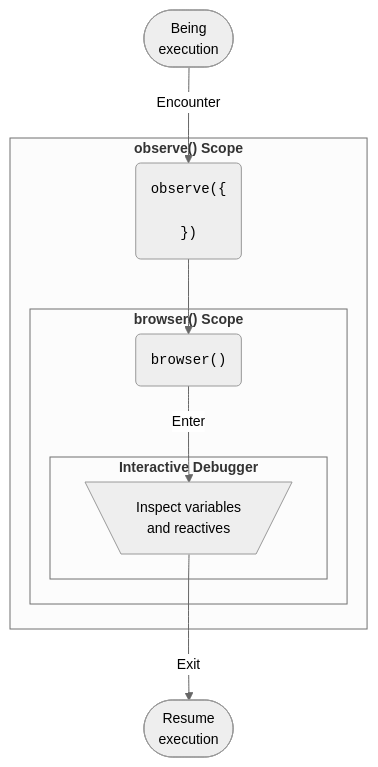
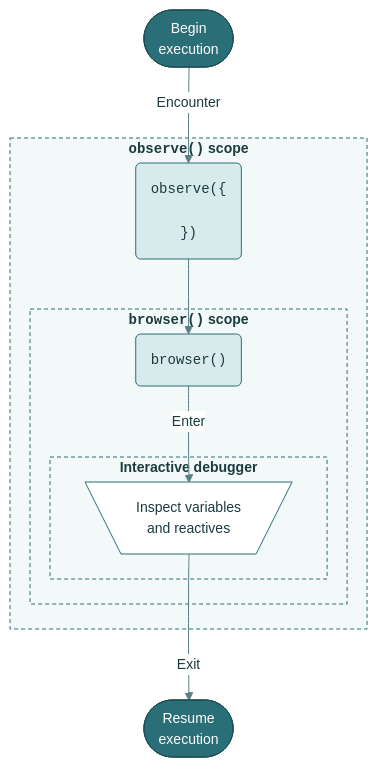
Before and after one commit to mjfrigaard/shiny-app-pkgs: the third of 3 diagrams in debugger.qmd, drawn with Mermaid. The commit also changed other lines of this file and 22 other files, not shown here.

First line of the commit message:
Standardize mermaid diagrams on the site teal palette

````diff
--- a/debugger.qmd
+++ b/debugger.qmd
@@ -176,35 +177,30 @@
 ```{mermaid}
 %%| fig-cap: 'Reactive `browser()` in an `observe()`er'
 %%| fig-align: center
-%%{init: {'theme': 'neutral', 'themeVariables': { 'fontFamily': 'monospace', "fontSize":"14px"}}}%%
+%%{init: {'theme': 'base', 'themeVariables': { 'fontFamily': 'monospace', "fontSize":"14px", "primaryColor":"#D7EBEC", "primaryTextColor":"#1B3B3F", "primaryBorderColor":"#2A6F77", "lineColor":"#5A7F83", "edgeLabelBackground":"#FFFFFF", "clusterBkg":"#F3F8F8", "clusterBorder":"#2A6F77", "darkMode":false}}}%%
 flowchart TD
-        Running(["Being<br>execution"]) 
-        subgraph Observe["<strong>observe() Scope</strong>"]
-                Observer("<code>observe({<br><br>})</code>")
-            subgraph Browse["<strong>browser() Scope</strong>"]
-                Browser("<code>browser()</code>")
-                subgraph Debugger["<strong>Interactive Debugger</strong>"]
-                 Step[\"Inspect variables<br>and reactives"/]
-                end
+    Running(["Begin<br>execution"])
+    subgraph Observe["<strong><code>observe()</code> scope</strong>"]
+        Observer("<code>observe({<br><br>})</code>")
+        subgraph Browse["<strong><code>browser()</code> scope</strong>"]
+            Browser("<code>browser()</code>")
+            subgraph Debugger["<strong>Interactive debugger</strong>"]
+                Step[\"Inspect variables<br>and reactives"/]
             end
         end
-        Resume(["Resume<br>execution"])
+    end
+    Resume(["Resume<br>execution"])
 
-Running -->|"Encounter"| Observer --> Browser --> |"Enter"|Step -->|"Exit"|Resume
+    Running -->|"Encounter"| Observer --> Browser -->|"Enter"| Step -->|"Exit"| Resume
 
-    %% style Server fill:#FFF,color:#000,stroke:#333,font-size:14px
-    %% style StartReact fill:#FFF,color:#000,stroke:#333,font-size:14px
-    %% style EndReact fill:#FFF,color:#000,stroke:#333,font-size:14px
-
-    %% style Observer fill:#FFF,stroke:#FEDBC1,stroke-width:3px,font-size:14px
-    %% style ObserveExecution fill:#FEDBC1,stroke:none,rx:10,ry:10,font-size:14px
-    
-    %% style Browser fill:#4CBB9D,color:#000,stroke:none,rx:20,ry:10,font-size:14px
-    %% style Browse stroke:#4CBB9D,color:#000,fill:#FFF,stroke-width:3px,rx:10,ry:10,font-size:14px
-    
-    %% style Debugger fill:#F8F8FA,stroke:#4CB7DB,stroke-width:3px,rx:10,ry:10,font-size:14px
-    %% style Step fill:#4CB7DB,stroke:none,rx:10,ry:10
-
-    %% style ExitBrowser fill:#4CBB9D,color:#000,stroke:none,rx:20,ry:10,font-size:14px
-    %% style ExitObserver fill:#FEDBC1,color:#000,stroke:none,rx:20,ry:10,font-size:14px
+    classDef term fill:#2A6F77,color:#FFFFFF,stroke:#1B4F55,stroke-width:1px
+    classDef step fill:#D7EBEC,color:#1B3B3F,stroke:#2A6F77,stroke-width:1px
+    classDef decision fill:#F4C26B,color:#3D2A00,stroke:#B7832B,stroke-width:1px
+    classDef io fill:#FFFFFF,color:#1B3B3F,stroke:#2A6F77,stroke-width:1px
+    class Running,Resume term
+    class Observer,Browser step
+    class Step io
+    style Observe fill:#F3F8F8,color:#1B3B3F,stroke:#2A6F77,stroke-width:1px,stroke-dasharray:4 3
+    style Browse fill:#F3F8F8,color:#1B3B3F,stroke:#2A6F77,stroke-width:1px,stroke-dasharray:4 3
+    style Debugger fill:#F3F8F8,color:#1B3B3F,stroke:#2A6F77,stroke-width:1px,stroke-dasharray:4 3
 ```
````
